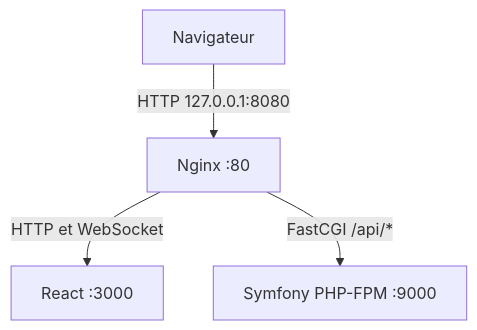
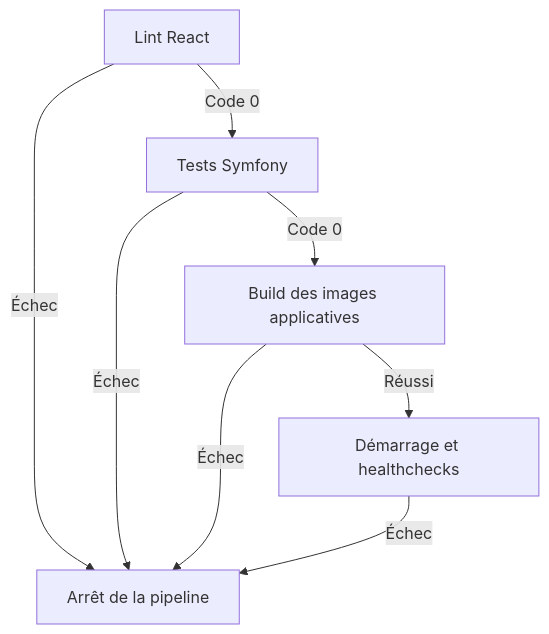
The diagram in README.md (ZomboyTepix/docker_tp1), drawn with Mermaid before and after one commit. The commit also changed other lines of this file and 4 other files, not shown here.

````diff
--- a/README.md
+++ b/README.md
@@ -128,6 +72,10 @@
 ```mermaid
 flowchart TD
-    client["Navigateur"] -->|"HTTP 127.0.0.1:8080"| nginx["Nginx :80"]
-    nginx -->|"HTTP et WebSocket"| frontend["React :3000"]
-    nginx -->|"FastCGI /api/*"| backend["Symfony PHP-FPM :9000"]
+    lint["Lint React"] -->|"Code 0"| tests["Tests Symfony"]
+    tests -->|"Code 0"| build["Build des images applicatives"]
+    build -->|"Réussi"| lancement["Démarrage et healthchecks"]
+    lint -->|"Échec"| arret["Arrêt de la pipeline"]
+    tests -->|"Échec"| arret
+    build -->|"Échec"| arret
+    lancement -->|"Échec"| arret
 ```
````
